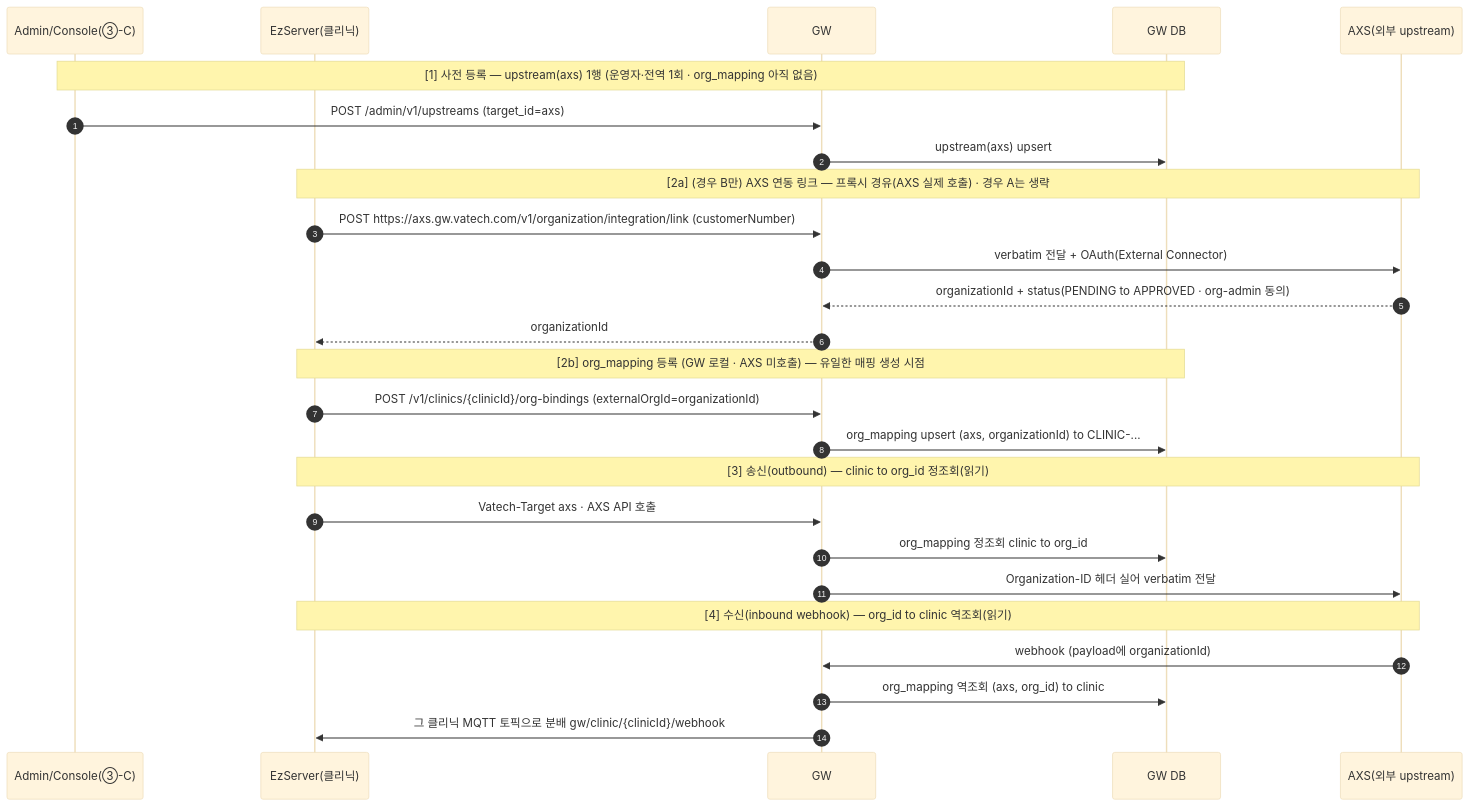
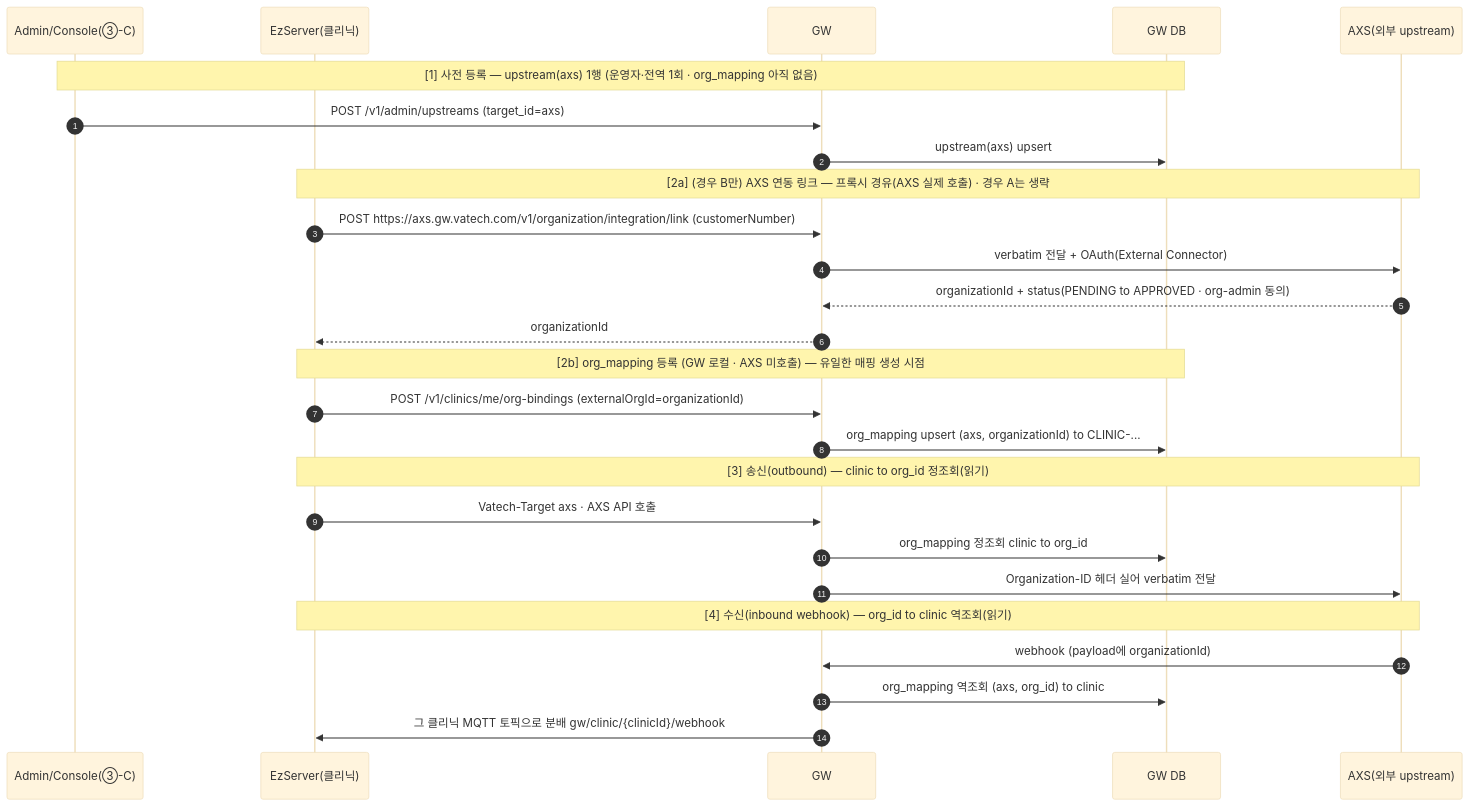
Diagram 13 of 22 in docs/VT_API_Gateway/08.VT_API_Gateway/specs/03-srs-gateway/SRS.md (gracegyu/scp-architecture), drawn with Mermaid (base theme) before and after one commit. The commit also changed other lines of this file and 5 other files, not shown here.

````diff
--- a/docs/VT_API_Gateway/08.VT_API_Gateway/specs/03-srs-gateway/SRS.md
+++ b/docs/VT_API_Gateway/08.VT_API_Gateway/specs/03-srs-gateway/SRS.md
@@ -682,33 +682,33 @@
 ```mermaid
 sequenceDiagram
     autonumber
     participant OP as Admin/Console(③-C)
     participant EZ as EzServer(클리닉)
     participant GW as GW
     participant DB as GW DB
     participant AXS as AXS(외부 upstream)
 
     Note over OP,DB: [1] 사전 등록 — upstream(axs) 1행 (운영자·전역 1회 · org_mapping 아직 없음)
-    OP->>GW: POST /admin/v1/upstreams (target_id=axs)
+    OP->>GW: POST /v1/admin/upstreams (target_id=axs)
     GW->>DB: upstream(axs) upsert
 
     Note over EZ,AXS: [2a] (경우 B만) AXS 연동 링크 — 프록시 경유(AXS 실제 호출) · 경우 A는 생략
     EZ->>GW: POST https://axs.gw.vatech.com/v1/organization/integration/link (customerNumber)
     GW->>AXS: verbatim 전달 + OAuth(External Connector)
     AXS-->>GW: organizationId + status(PENDING to APPROVED · org-admin 동의)
     GW-->>EZ: organizationId
 
     Note over EZ,DB: [2b] org_mapping 등록 (GW 로컬 · AXS 미호출) — 유일한 매핑 생성 시점
-    EZ->>GW: POST /v1/clinics/{clinicId}/org-bindings (externalOrgId=organizationId)
+    EZ->>GW: POST /v1/clinics/me/org-bindings (externalOrgId=organizationId)
     GW->>DB: org_mapping upsert (axs, organizationId) to CLINIC-...
 
     Note over EZ,AXS: [3] 송신(outbound) — clinic to org_id 정조회(읽기)
     EZ->>GW: Vatech-Target axs · AXS API 호출
     GW->>DB: org_mapping 정조회 clinic to org_id
     GW->>AXS: Organization-ID 헤더 실어 verbatim 전달
 
     Note over AXS,EZ: [4] 수신(inbound webhook) — org_id to clinic 역조회(읽기)
     AXS->>GW: webhook (payload에 organizationId)
     GW->>DB: org_mapping 역조회 (axs, org_id) to clinic
     GW->>EZ: 그 클리닉 MQTT 토픽으로 분배 gw/clinic/{clinicId}/webhook
 ```
````
